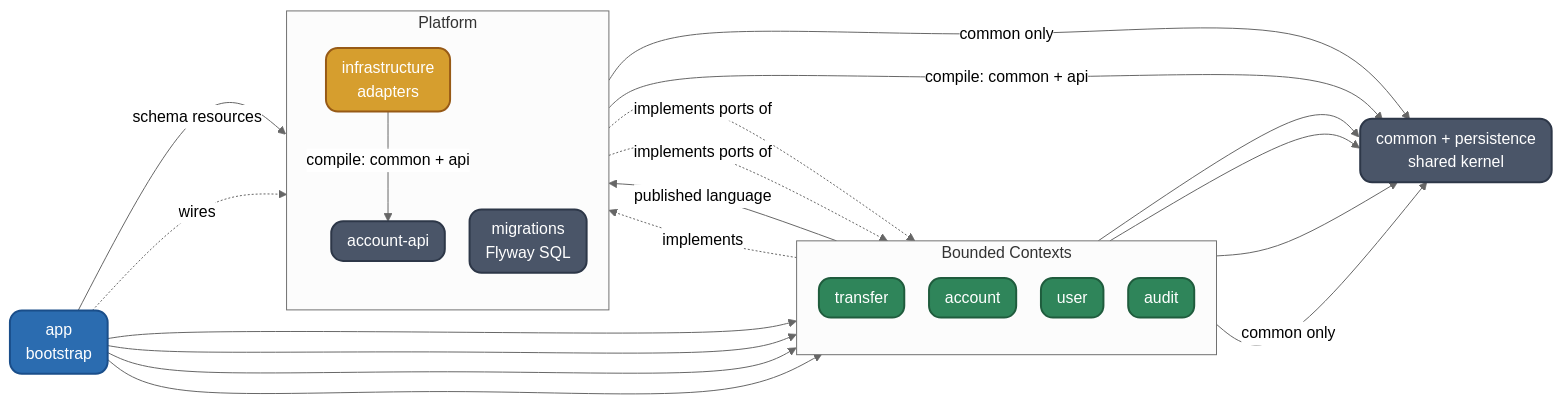
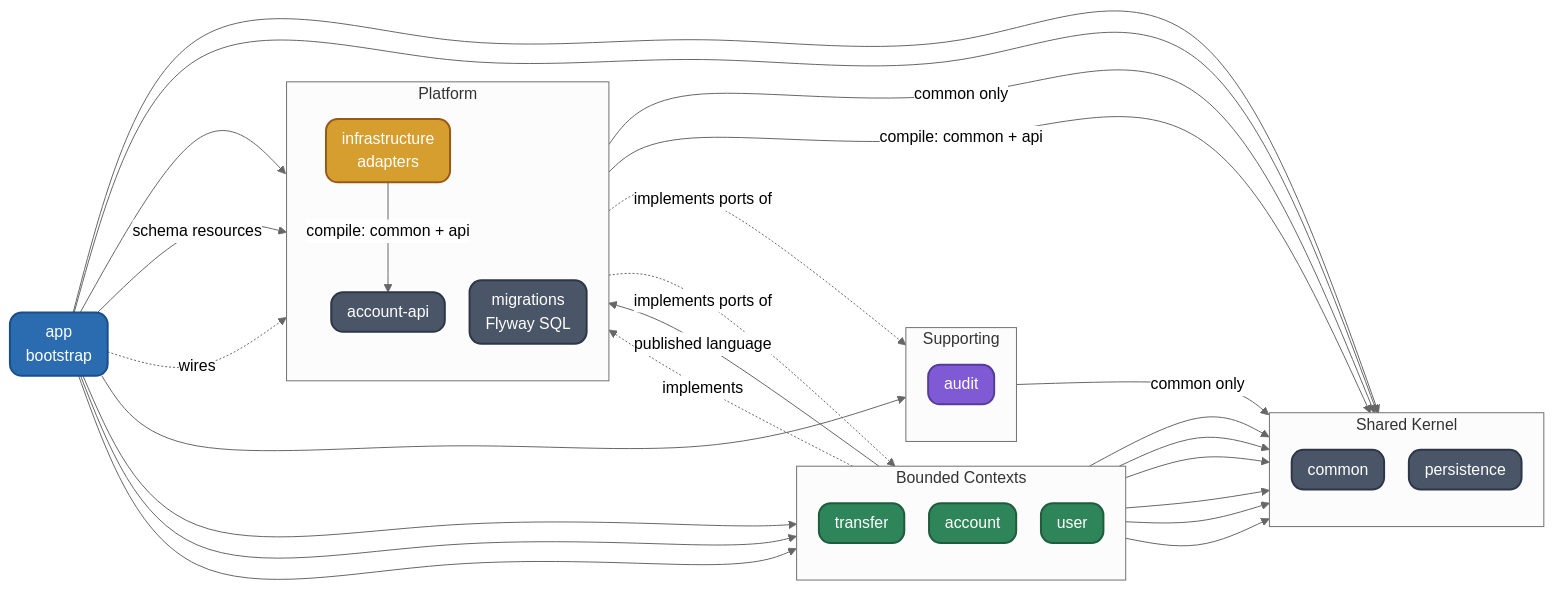
One commit to BerkanApaydin/core-banking changed the diagram in readme.md. Above: the diagram before and after it, drawn with Mermaid (neutral theme). The commit also changed other lines of this file, not shown here.

First line of the commit message:
docs(readme): sync API, security and module dependency docs

````diff
--- a/readme.md
+++ b/readme.md
@@ -66,38 +75,49 @@
 ```mermaid
 %%{init: {'flowchart': {'rankSpacing': 0, 'nodeSpacing': 25, 'curve': 'natural', 'padding': 0}}}%%
 graph LR
     classDef boot fill:#2B6CB0,stroke:#1A4E8A,color:#fff,stroke-width:2px,rx:12,ry:12;
     classDef ctx fill:#2F855A,stroke:#1F5C3D,color:#fff,stroke-width:2px,rx:12,ry:12;
+    classDef support fill:#805AD5,stroke:#553C9A,color:#fff,stroke-width:2px,rx:12,ry:12;
     classDef plat fill:#4A5568,stroke:#2D3748,color:#fff,stroke-width:2px,rx:12,ry:12;
     classDef infraC fill:#D69E2E,stroke:#975A16,color:#fff,stroke-width:2px,rx:12,ry:12;
 
     app[app<br/>bootstrap]:::boot
 
     subgraph contexts[Bounded Contexts]
         direction TB
         transfer[transfer]:::ctx
         account[account]:::ctx
         user[user]:::ctx
-        audit[audit]:::ctx
+    end
+
+    subgraph supporting[Supporting]
+        direction TB
+        audit[audit]:::support
     end
 
     subgraph platform[Platform]
         direction TB
         api[account-api]:::plat
         migs[migrations<br/>Flyway SQL]:::plat
         infra[infrastructure<br/>adapters]:::infraC
     end
 
-    shared[common + persistence<br/>shared kernel]:::plat
+    subgraph shared[Shared Kernel]
+        direction TB
+        common[common]:::plat
+        persistence[persistence]:::plat
+    end
 
     app --> transfer & account & user & audit
+    app --> common & persistence
+    app --> api
     app -- schema resources --> migs
     app -. wires .-> infra
     transfer -- published language --> api
     account -. implements .-> api
-    transfer & account & user --> shared
-    audit -- common only --> shared
-    api -- common only --> shared
-    infra -- compile: common + api --> shared & api
+    transfer & account & user --> common & persistence
+    audit -- common only --> common
+    api -- common only --> common
+    infra -- compile: common + api --> common & api
     infra -. implements ports of .-> user & audit
 ```
````
